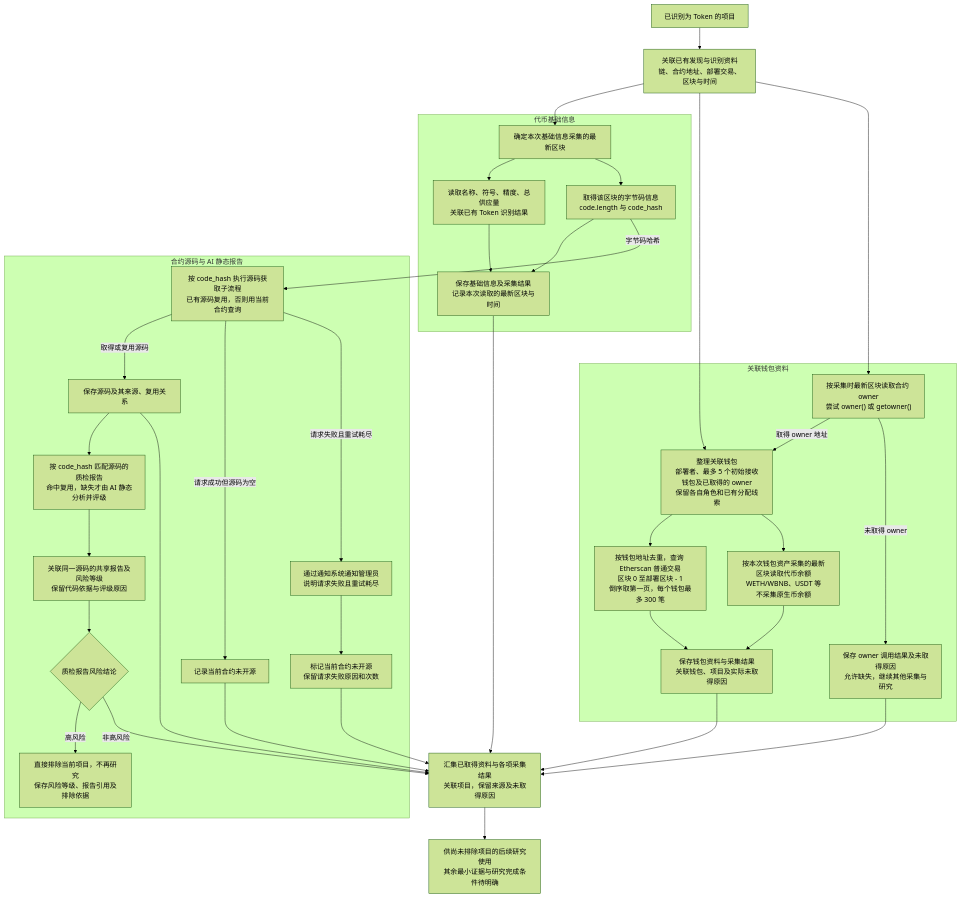
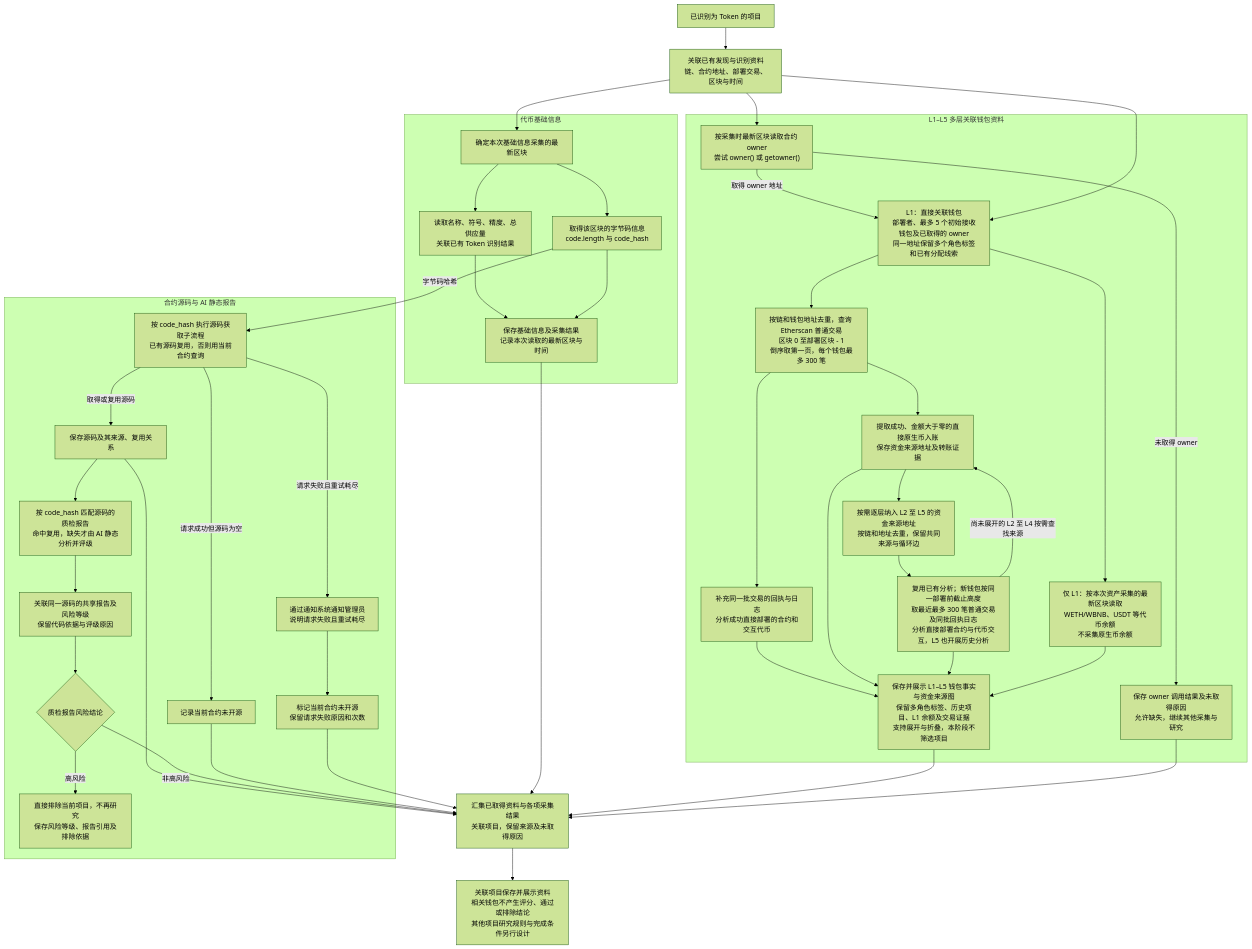
The diagram in docs/project/token-research-materials-flow.md (useryege/athena-o), drawn with Mermaid (forest theme) before and after one commit. The commit also changed other lines of this file and 6 other files, not shown here.

````diff
--- a/docs/project/token-research-materials-flow.md
+++ b/docs/project/token-research-materials-flow.md
@@ -11,60 +11,71 @@
 ```mermaid
 flowchart TD
     A["已识别为 Token 的项目"] --> B["关联已有发现与识别资料<br/>链、合约地址、部署交易、区块与时间"]
 
     subgraph basic["代币基础信息"]
         Q["确定本次基础信息采集的最新区块"]
         C["读取名称、符号、精度、总供应量<br/>关联已有 Token 识别结果"]
         D["取得该区块的字节码信息<br/>code.length 与 code_hash"]
         E["保存基础信息及采集结果<br/>记录本次读取的最新区块与时间"]
         Q --> C
         Q --> D
         C --> E
         D --> E
     end
 
     subgraph source["合约源码与 AI 静态报告"]
         F["按 code_hash 执行源码获取子流程<br/>已有源码复用，否则用当前合约查询"]
         G["保存源码及其来源、复用关系"]
         H["记录当前合约未开源"]
         I["通过通知系统通知管理员<br/>说明请求失败且重试耗尽"]
         I2["标记当前合约未开源<br/>保留请求失败原因和次数"]
         F -->|取得或复用源码| G
         G --> SR["按 code_hash 匹配源码的质检报告<br/>命中复用，缺失才由 AI 静态分析并评级"]
         SR --> ST["关联同一源码的共享报告及风险等级<br/>保留代码依据与评级原因"]
         ST --> RISK{"质检报告风险结论"}
         RISK -->|高风险| EX["直接排除当前项目，不再研究<br/>保存风险等级、报告引用及排除依据"]
         F -->|请求成功但源码为空| H
         F -->|请求失败且重试耗尽| I
         I --> I2
     end
 
-    subgraph wallets["关联钱包资料"]
+    subgraph wallets["L1–L5 多层关联钱包资料"]
         O["按采集时最新区块读取合约 owner<br/>尝试 owner() 或 getowner()"]
         O2["保存 owner 调用结果及未取得原因<br/>允许缺失，继续其他采集与研究"]
-        J["整理关联钱包<br/>部署者、最多 5 个初始接收钱包及已取得的 owner<br/>保留各自角色和已有分配线索"]
-        K["按钱包地址去重，查询 Etherscan 普通交易<br/>区块 0 至部署区块 - 1<br/>倒序取第一页，每个钱包最多 300 笔"]
-        L["按本次钱包资产采集的最新区块读取代币余额<br/>WETH/WBNB、USDT 等<br/>不采集原生币余额"]
-        M["保存钱包资料与采集结果<br/>关联钱包、项目及实际未取得原因"]
+        J["L1：直接关联钱包<br/>部署者、最多 5 个初始接收钱包及已取得的 owner<br/>同一地址保留多个角色标签和已有分配线索"]
+        K["按链和钱包地址去重，查询 Etherscan 普通交易<br/>区块 0 至部署区块 - 1<br/>倒序取第一页，每个钱包最多 300 笔"]
+        K1["补充同一批交易的回执与日志<br/>分析成功直接部署的合约和交互代币"]
+        K2["提取成功、金额大于零的直接原生币入账<br/>保存资金来源地址及转账证据"]
+        K3["按需逐层纳入 L2 至 L5 的资金来源地址<br/>按链和地址去重，保留共同来源与循环边"]
+        K4["复用已有分析；新钱包按同一部署前截止高度<br/>取最近最多 300 笔普通交易及同批回执日志<br/>分析直接部署合约与代币交互，L5 也开展历史分析"]
+        L["仅 L1：按本次资产采集的最新区块读取<br/>WETH/WBNB、USDT 等代币余额<br/>不采集原生币余额"]
+        M["保存并展示 L1–L5 钱包事实与资金来源图<br/>保留多角色标签、历史项目、L1 余额及交易证据<br/>支持展开与折叠，本阶段不筛选项目"]
         O -->|取得 owner 地址| J
         O -->|未取得 owner| O2
         J --> K
         J --> L
-        K --> M
+        K --> K1
+        K --> K2
+        K1 --> M
+        K2 --> K3
+        K2 --> M
+        K3 --> K4
+        K4 -->|尚未展开的 L2 至 L4 按需查找来源| K2
+        K4 --> M
         L --> M
     end
 
     B --> Q
     D -->|字节码哈希| F
     B --> J
     B --> O
 
     E --> N["汇集已取得资料与各项采集结果<br/>关联项目，保留来源及未取得原因"]
     G --> N
     RISK -->|非高风险| N
     H --> N
     I2 --> N
     M --> N
     O2 --> N
-    N --> P["供尚未排除项目的后续研究使用<br/>其余最小证据与研究完成条件待明确"]
+    N --> P["关联项目保存并展示资料<br/>相关钱包不产生评分、通过或排除结论<br/>其他项目研究规则与完成条件另行设计"]
 ```
````
